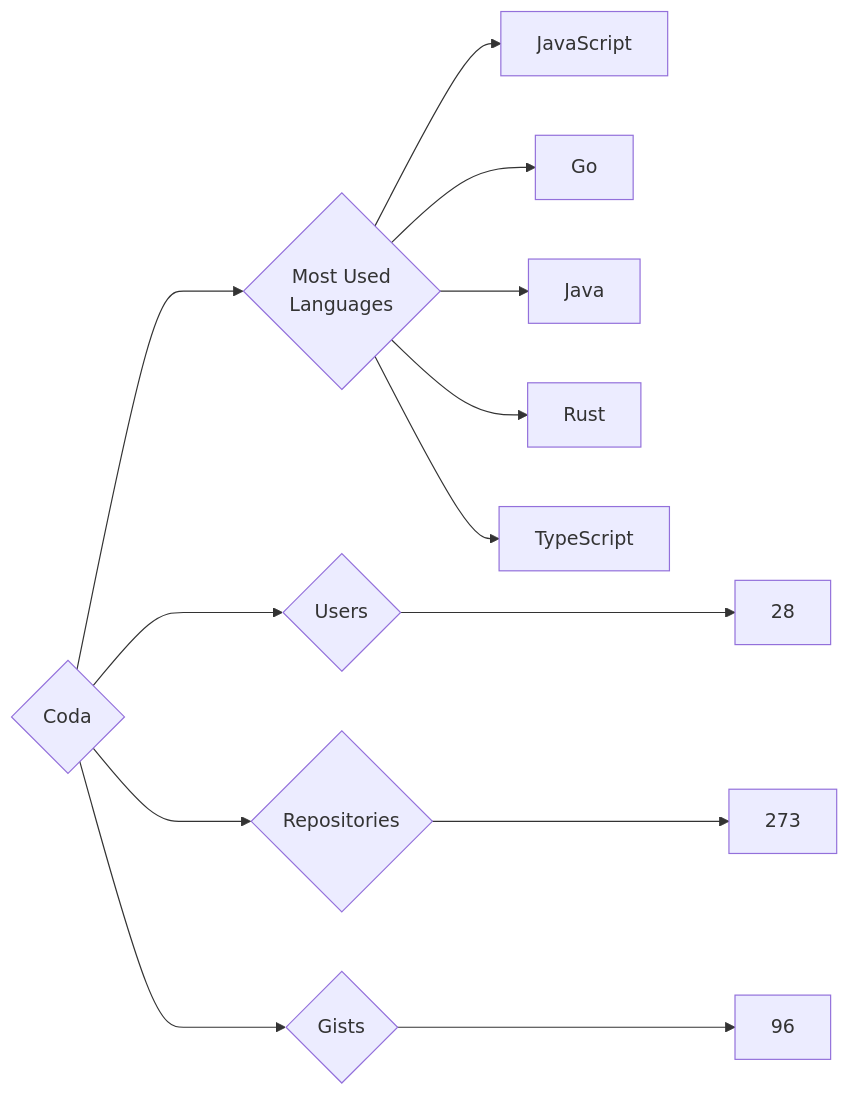
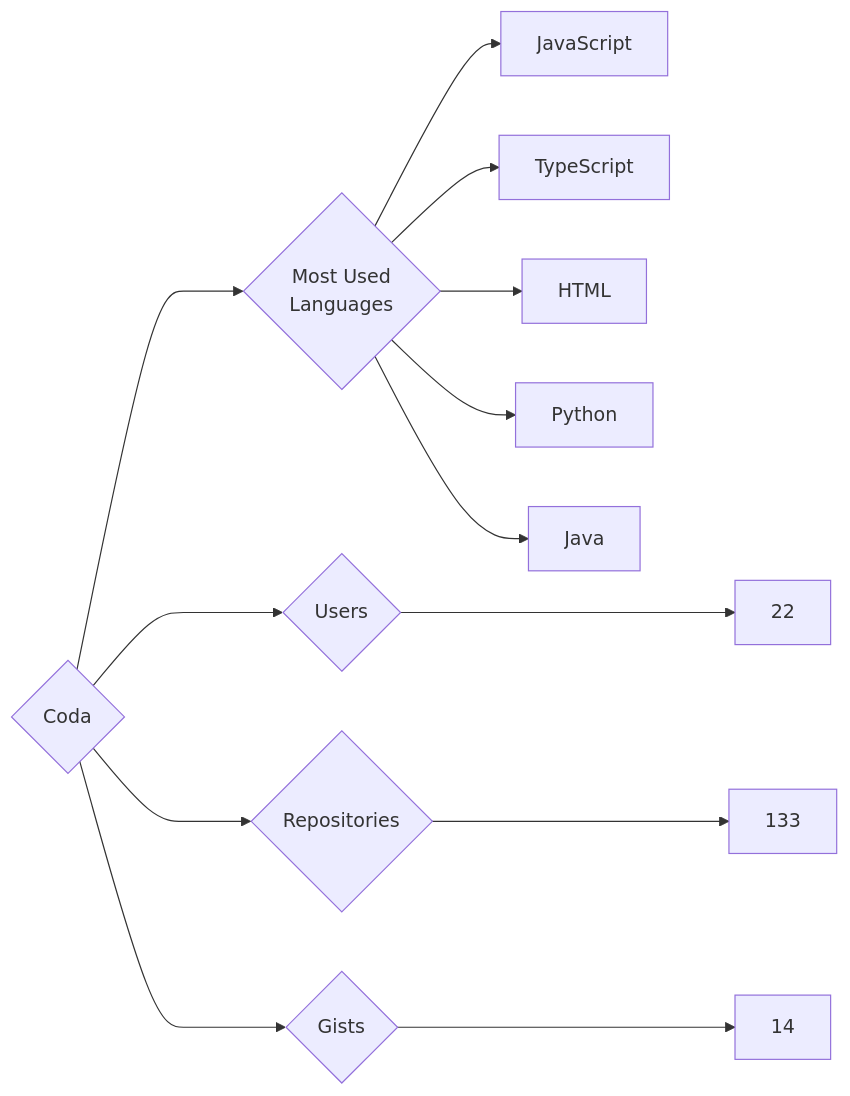
Before and after one commit to trickest/insiders: the diagram in targets/Coda/README.md, drawn with Mermaid. The commit also changed 874 other files, not shown here.

````diff
--- a/targets/Coda/README.md
+++ b/targets/Coda/README.md
@@ -3,13 +3,13 @@
 ```mermaid
 graph LR
 COMPANY_NAME{Coda}
-COMPANY_NAME ---> U{Users} ---> UN[28]
-COMPANY_NAME ---> R{Repositories} ---> RN[273]
-COMPANY_NAME ---> G{Gists} ---> GN[96]
+COMPANY_NAME ---> U{Users} ---> UN[22]
+COMPANY_NAME ---> R{Repositories} ---> RN[133]
+COMPANY_NAME ---> G{Gists} ---> GN[14]
 COMPANY_NAME ---> ML{Most Used<br>Languages}
 ML --> JavaScript[JavaScript]
-ML --> Go[Go]
+ML --> TypeScript[TypeScript]
+ML --> HTML[HTML]
+ML --> Python[Python]
 ML --> Java[Java]
-ML --> Rust[Rust]
-ML --> TypeScript[TypeScript]
 ```
````
